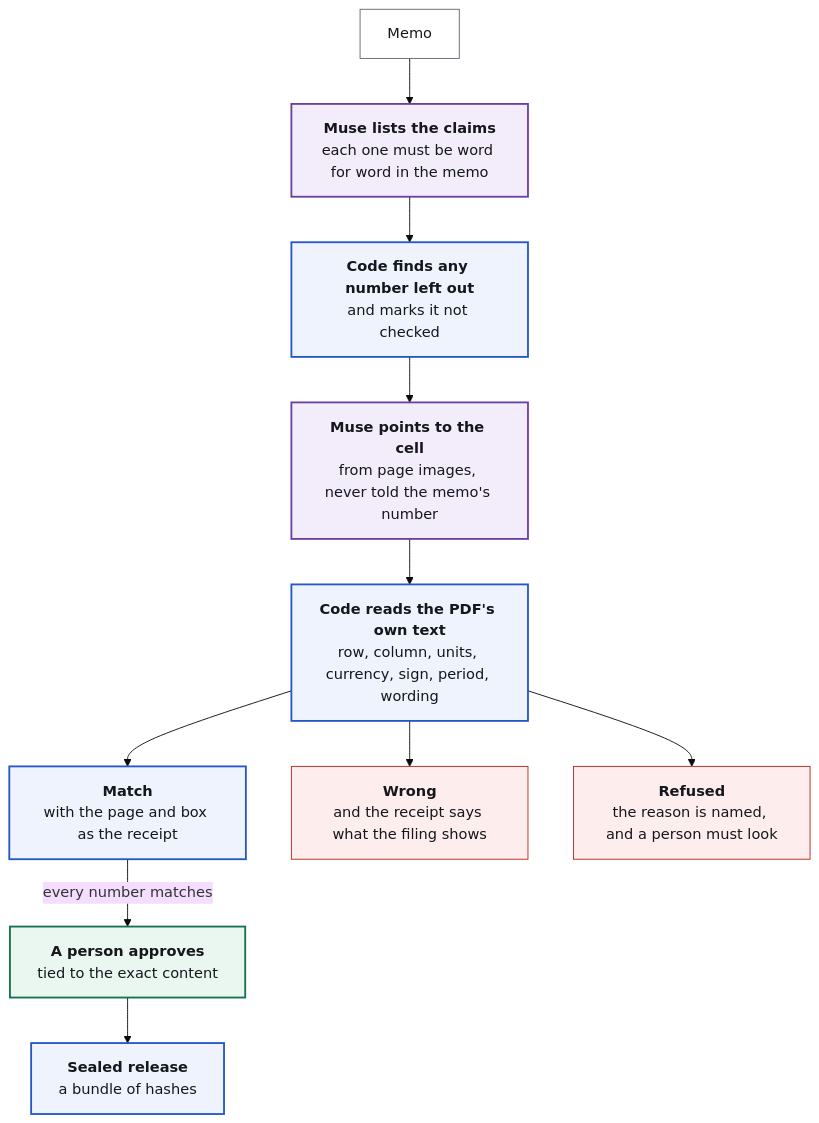
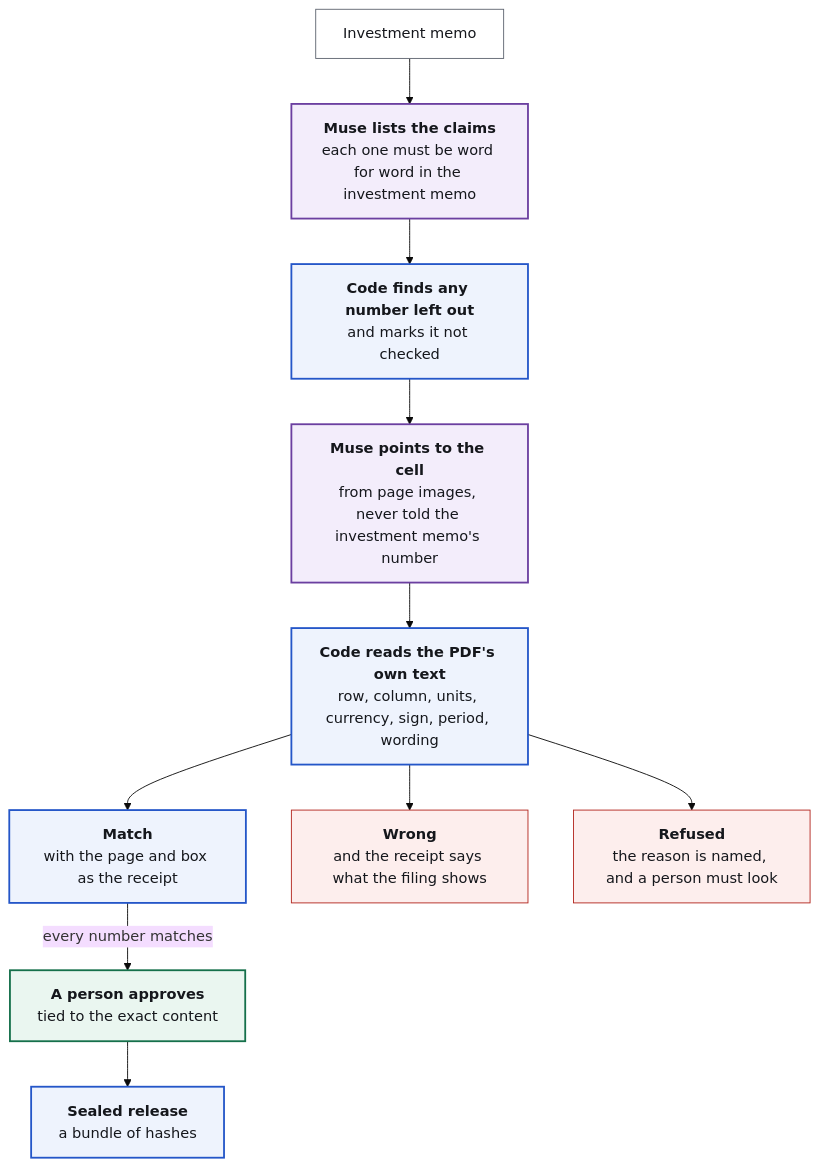
One commit to 0xtigerclaw/finguard changed the diagram in README.md. Above: the diagram before and after it, drawn with Mermaid (base theme). The commit also changed other lines of this file and 71 other files, not shown here.

````diff
--- a/README.md
+++ b/README.md
@@ -138,25 +144,25 @@
 ```mermaid
 flowchart TB
-    M["Memo"]:::q
-    L["<b>Muse lists the claims</b><br/>each one must be word for word in the memo"]:::model
+    M["Investment memo"]:::q
+    L["<b>Muse lists the claims</b><br/>each one must be word for word in the investment memo"]:::model
     S["<b>Code finds any number left out</b><br/>and marks it not checked"]:::code
-    P["<b>Muse points to the cell</b><br/>from page images, never told the memo's number"]:::model
+    P["<b>Muse points to the cell</b><br/>from page images, never told the investment memo's number"]:::model
     C["<b>Code reads the PDF's own text</b><br/>row, column, units, currency, sign, period, wording"]:::code
     M2["<b>Match</b><br/>with the page and box as the receipt"]:::code
     W["<b>Wrong</b><br/>and the receipt says what the filing shows"]:::deny
     R["<b>Refused</b><br/>the reason is named, and a person must look"]:::deny
     H["<b>A person approves</b><br/>tied to the exact content"]:::human
     Z["<b>Sealed release</b><br/>a bundle of hashes"]:::code
 
     M --> L --> S --> P --> C
     C --> M2
     C --> W
     C --> R
     M2 -->|every number matches| H --> Z
 
     classDef q fill:#ffffff,stroke:#5f6570,color:#15171c
     classDef model fill:#f3edfb,stroke:#6b3fa0,stroke-width:2px,color:#15171c
     classDef code fill:#eef3fd,stroke:#2456c8,stroke-width:2px,color:#15171c
     classDef human fill:#eaf6f0,stroke:#15704b,stroke-width:2px,color:#15171c
     classDef deny fill:#fdeeed,stroke:#b3261e,color:#15171c
 ```
````
